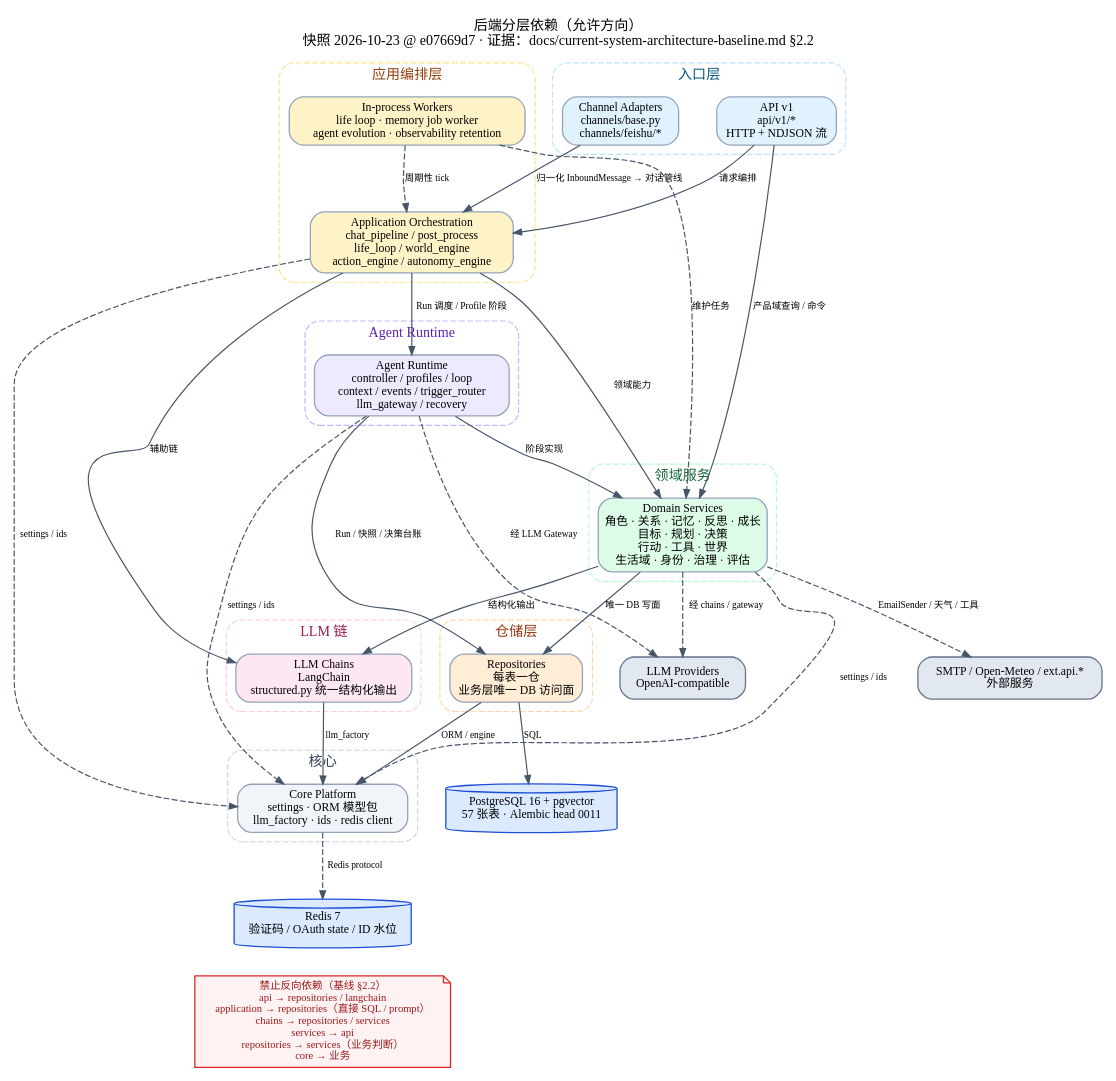
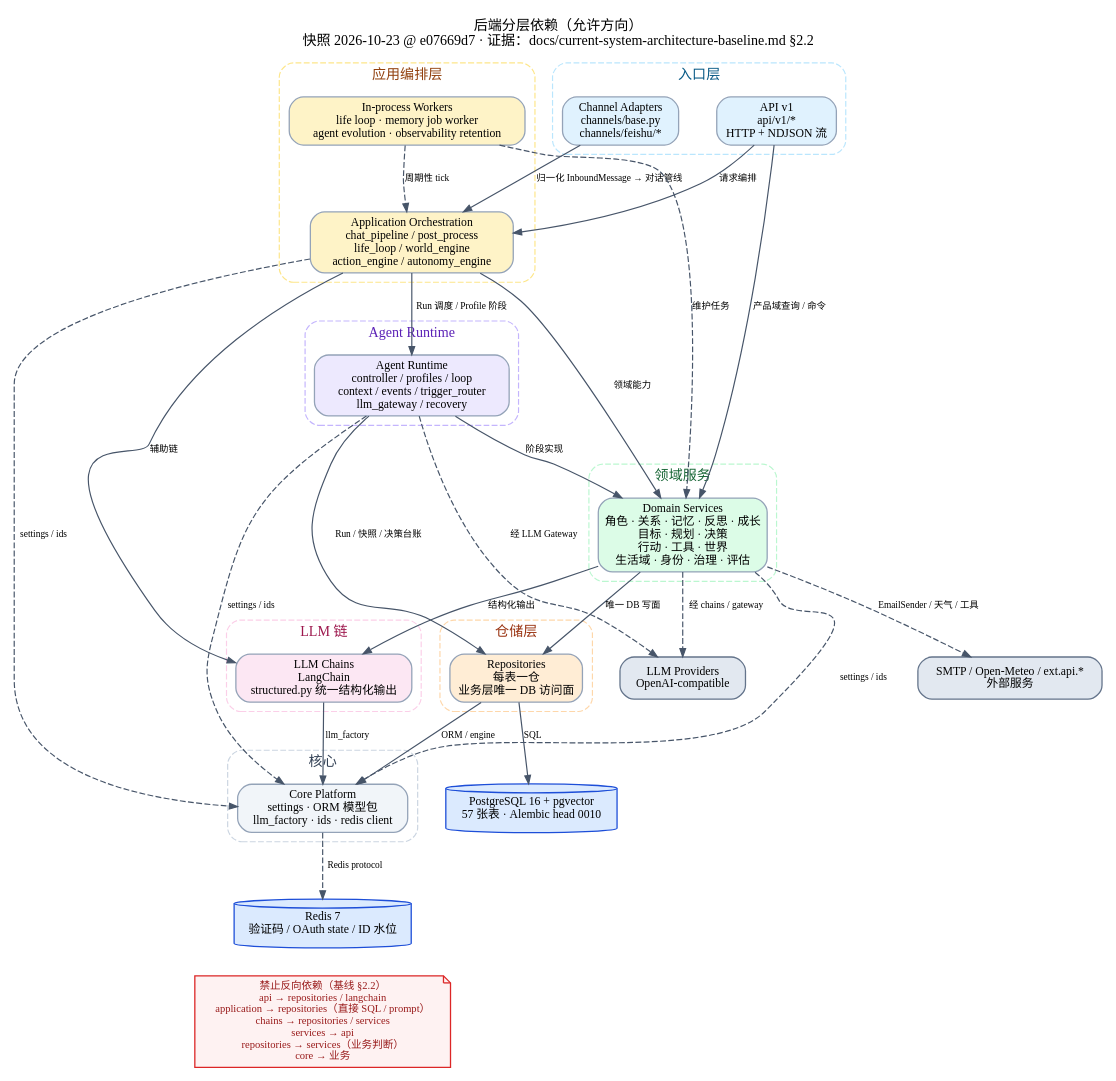
The diagram in docs/architecture-visualization/current-state/backend-module-dependencies.dot (xieyongyi0614/aICustomerAgent), drawn with Graphviz before and after one commit. The commit also changed 26 other files, not shown here.

```diff
--- a/docs/architecture-visualization/current-state/backend-module-dependencies.dot
+++ b/docs/architecture-visualization/current-state/backend-module-dependencies.dot
@@ -1,126 +1,126 @@
 digraph backend_module_dependencies {
     graph [
         rankdir=TB,
         splines=true,
         overlap=false,
         nodesep=0.45,
         ranksep=0.65,
         bgcolor="#FFFFFF",
         fontname="Microsoft YaHei",
         fontsize=12,
         labelloc=t,
         label="后端分层依赖（允许方向）\n快照 2026-10-23 @ e07669d7 · 证据：docs/current-system-architecture-baseline.md §2.2"
     ];
     node [
         shape=box,
         style="rounded,filled",
         fontname="Microsoft YaHei",
         fontsize=10,
         color="#94A3B8",
         fillcolor="#FFFFFF",
         penwidth=1.1
     ];
     edge [
         fontname="Microsoft YaHei",
         fontsize=8,
         color="#475569",
         arrowsize=0.7
     ];
 
     subgraph cluster_entry {
         label="入口层";
         style="rounded,dashed";
         color="#BAE6FD";
         fontcolor="#075985";
         channels [label="Channel Adapters\nchannels/base.py\nchannels/feishu/*", fillcolor="#E0F2FE"];
         api [label="API v1\napi/v1/*\nHTTP + NDJSON 流", fillcolor="#E0F2FE"];
     }
 
     subgraph cluster_app {
         label="应用编排层";
         style="rounded,dashed";
         color="#FDE68A";
         fontcolor="#92400E";
         application [label="Application Orchestration\nchat_pipeline / post_process\nlife_loop / world_engine\naction_engine / autonomy_engine", fillcolor="#FEF3C7"];
         workers [label="In-process Workers\nlife loop · memory job worker\nagent evolution · observability retention", fillcolor="#FEF3C7"];
     }
 
     subgraph cluster_runtime {
         label="Agent Runtime";
         style="rounded,dashed";
         color="#C4B5FD";
         fontcolor="#5B21B6";
         runtime [label="Agent Runtime\ncontroller / profiles / loop\ncontext / events / trigger_router\nllm_gateway / recovery", fillcolor="#EDE9FE"];
     }
 
     subgraph cluster_domain {
         label="领域服务";
         style="rounded,dashed";
         color="#BBF7D0";
         fontcolor="#166534";
         domains [label="Domain Services\n角色 · 关系 · 记忆 · 反思 · 成长\n目标 · 规划 · 决策\n行动 · 工具 · 世界\n生活域 · 身份 · 治理 · 评估", fillcolor="#DCFCE7"];
     }
 
     subgraph cluster_chains {
         label="LLM 链";
         style="rounded,dashed";
         color="#FBCFE8";
         fontcolor="#9D174D";
         chains [label="LLM Chains\nLangChain\nstructured.py 统一结构化输出", fillcolor="#FCE7F3"];
     }
 
     subgraph cluster_repo {
         label="仓储层";
         style="rounded,dashed";
         color="#FED7AA";
         fontcolor="#9A3412";
         repositories [label="Repositories\n每表一仓\n业务层唯一 DB 访问面", fillcolor="#FFEDD5"];
     }
 
     subgraph cluster_core {
         label="核心";
         style="rounded,dashed";
         color="#CBD5E1";
         fontcolor="#334155";
         core [label="Core Platform\nsettings · ORM 模型包\nllm_factory · ids · redis client", fillcolor="#F1F5F9"];
     }
 
-    db [label="PostgreSQL 16 + pgvector\n57 张表 · Alembic head 0011", shape=cylinder, fillcolor="#DBEAFE", color="#1D4ED8"];
+    db [label="PostgreSQL 16 + pgvector\n57 张表 · Alembic head 0010", shape=cylinder, fillcolor="#DBEAFE", color="#1D4ED8"];
     redis [label="Redis 7\n验证码 / OAuth state / ID 水位", shape=cylinder, fillcolor="#DBEAFE", color="#1D4ED8"];
     llm [label="LLM Providers\nOpenAI-compatible", shape=box, style="rounded,filled", fillcolor="#E2E8F0", color="#64748B"];
     external [label="SMTP / Open-Meteo / ext.api.*\n外部服务", shape=box, style="rounded,filled", fillcolor="#E2E8F0", color="#64748B"];
 
     channels -> application [label="归一化 InboundMessage → 对话管线"];
     api -> application [label="请求编排"];
     api -> domains [label="产品域查询 / 命令"];
     application -> runtime [label="Run 调度 / Profile 阶段"];
     application -> domains [label="领域能力"];
     application -> chains [label="辅助链"];
     runtime -> domains [label="阶段实现"];
     runtime -> repositories [label="Run / 快照 / 决策台账"];
     domains -> chains [label="结构化输出"];
     domains -> repositories [label="唯一 DB 写面"];
     workers -> application [label="周期性 tick", style=dashed];
     workers -> domains [label="维护任务", style=dashed];
     chains -> core [label="llm_factory"];
     repositories -> core [label="ORM / engine"];
     domains -> core [label="settings / ids", style=dashed];
     application -> core [label="settings / ids", style=dashed];
     runtime -> core [label="settings / ids", style=dashed];
     repositories -> db [label="SQL"];
     runtime -> llm [label="经 LLM Gateway", style=dashed];
     domains -> llm [label="经 chains / gateway", style=dashed];
     domains -> external [label="EmailSender / 天气 / 工具", style=dashed];
     core -> redis [label="Redis protocol", style=dashed];
 
     forbidden [
         shape=note,
         label="禁止反向依赖（基线 §2.2）\napi → repositories / langchain\napplication → repositories（直接 SQL / prompt）\nchains → repositories / services\nservices → api\nrepositories → services（业务判断）\ncore → 业务",
         fillcolor="#FEF2F2",
         color="#DC2626",
         fontcolor="#991B1B",
         fontsize=9
     ];
 
     { rank=sink; forbidden; }
 }
```
